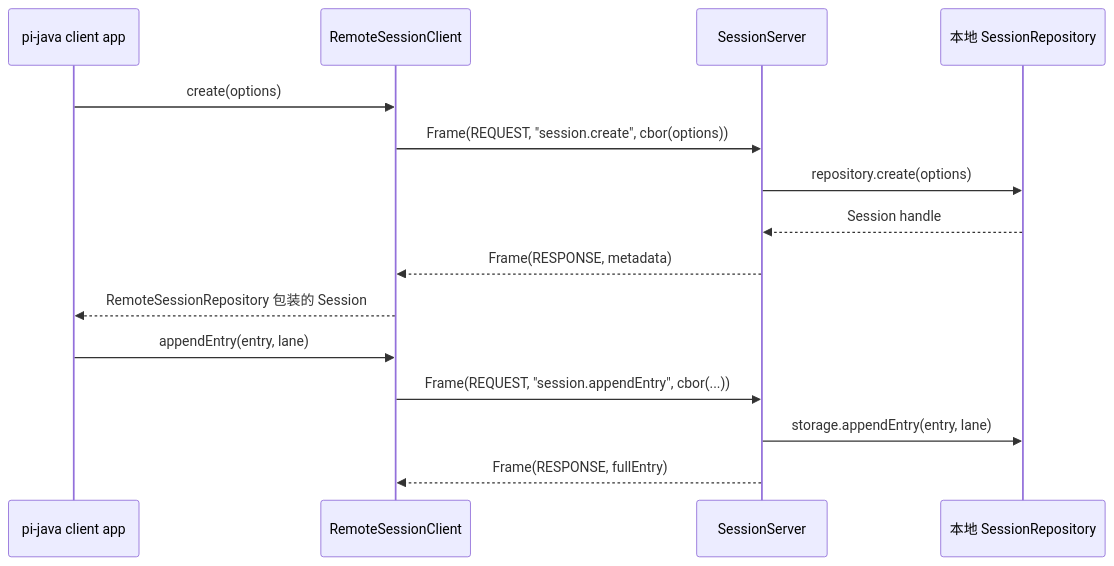
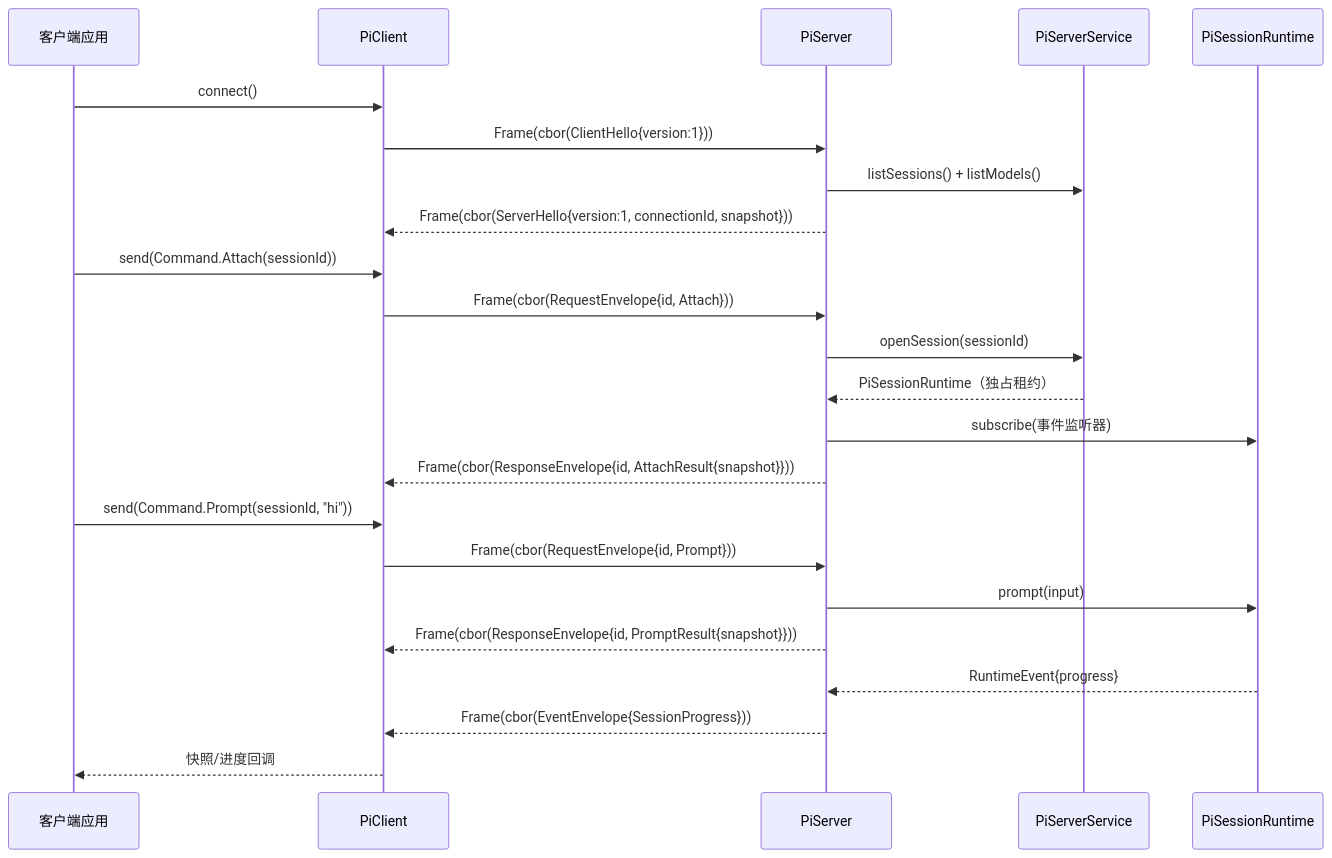
The seventh of 11 diagrams in docs/11-phase6-ecosystem-design.md (liangxingguang/pi-java), drawn with Mermaid before and after one commit. The commit also changed other lines of this file and 1 other file, not shown here.

````diff
--- a/docs/11-phase6-ecosystem-design.md
+++ b/docs/11-phase6-ecosystem-design.md
@@ -638,18 +1361,26 @@
 ```mermaid
 sequenceDiagram
-    participant App as pi-java client app
-    participant Client as RemoteSessionClient
-    participant Server as SessionServer
-    participant Repo as 本地 SessionRepository
+    participant App as 客户端应用
+    participant C as PiClient
+    participant S as PiServer
+    participant Svc as PiServerService
+    participant RT as PiSessionRuntime
 
-    App->>Client: create(options)
-    Client->>Server: Frame(REQUEST, "session.create", cbor(options))
-    Server->>Repo: repository.create(options)
-    Repo-->>Server: Session handle
-    Server-->>Client: Frame(RESPONSE, metadata)
-    Client-->>App: RemoteSessionRepository 包装的 Session
-    App->>Client: appendEntry(entry, lane)
-    Client->>Server: Frame(REQUEST, "session.appendEntry", cbor(...))
-    Server->>Repo: storage.appendEntry(entry, lane)
-    Server-->>Client: Frame(RESPONSE, fullEntry)
+    App->>C: connect()
+    C->>S: Frame(cbor(ClientHello{version:1}))
+    S->>Svc: listSessions() + listModels()
+    S-->>C: Frame(cbor(ServerHello{version:1, connectionId, snapshot}))
+    App->>C: send(Command.Attach(sessionId))
+    C->>S: Frame(cbor(RequestEnvelope{id, Attach}))
+    S->>Svc: openSession(sessionId)
+    Svc-->>S: PiSessionRuntime（独占租约）
+    S->>RT: subscribe(事件监听器)
+    S-->>C: Frame(cbor(ResponseEnvelope{id, AttachResult{snapshot}}))
+    App->>C: send(Command.Prompt(sessionId, "hi"))
+    C->>S: Frame(cbor(RequestEnvelope{id, Prompt}))
+    S->>RT: prompt(input)
+    S-->>C: Frame(cbor(ResponseEnvelope{id, PromptResult{snapshot}}))
+    RT-->>S: RuntimeEvent{progress}
+    S-->>C: Frame(cbor(EventEnvelope{SessionProgress}))
+    C-->>App: 快照/进度回调
 ```
````
